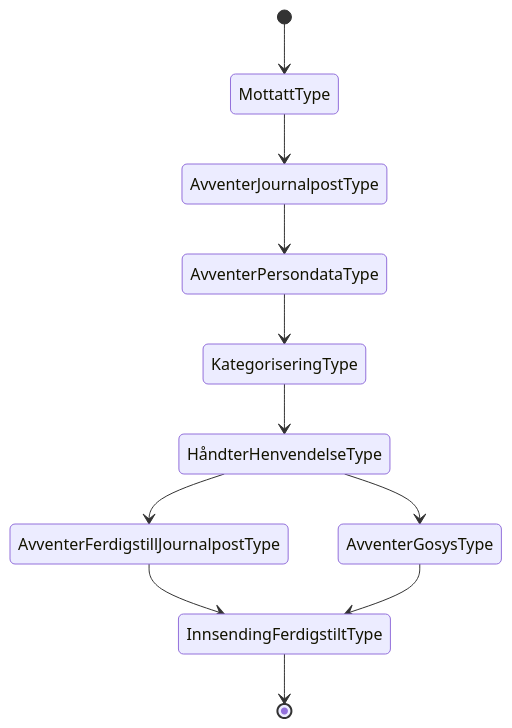
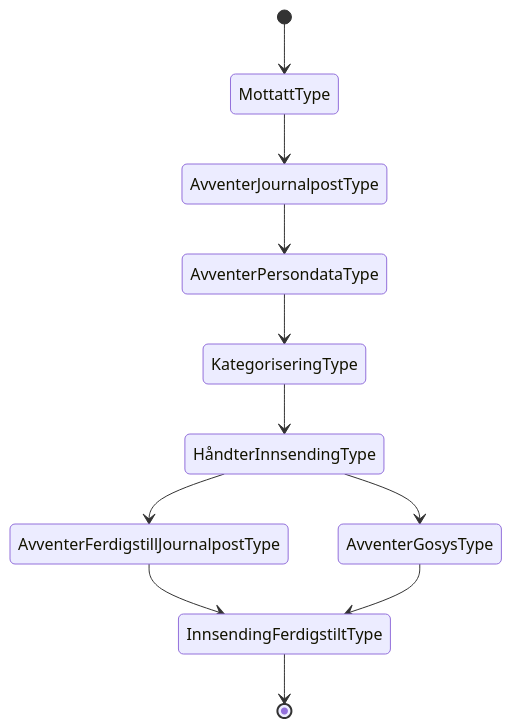
The diagram in docs/arkitektur/tilstander/Ukjente brevkoder.approved.md (navikt/dp-mottak), drawn with Mermaid before and after one commit. The commit also changed 24 other files, not shown here.

````diff
--- a/docs/arkitektur/tilstander/Ukjente brevkoder.approved.md
+++ b/docs/arkitektur/tilstander/Ukjente brevkoder.approved.md
@@ -3,13 +3,13 @@
 ```mermaid
    stateDiagram
    [*]-->MottattType
    	MottattType --> AvventerJournalpostType
 	AvventerJournalpostType --> AvventerPersondataType
 	AvventerPersondataType --> KategoriseringType
-	KategoriseringType --> HåndterHenvendelseType
-    HåndterHenvendelseType --> AvventerGosysType
-    HåndterHenvendelseType --> AvventerFerdigstillJournalpostType
+	KategoriseringType --> HåndterInnsendingType
+    HåndterInnsendingType --> AvventerGosysType
+    HåndterInnsendingType --> AvventerFerdigstillJournalpostType
     AvventerFerdigstillJournalpostType --> InnsendingFerdigstiltType
 	AvventerGosysType --> InnsendingFerdigstiltType
    InnsendingFerdigstiltType--> [*]    
 ```
````
